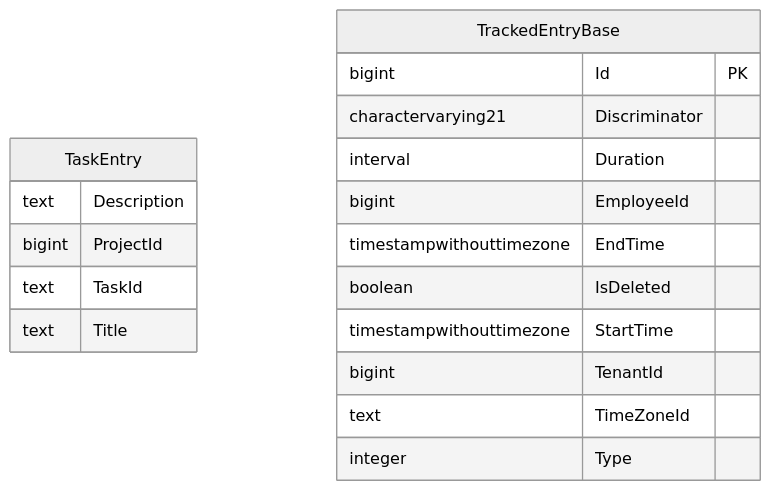
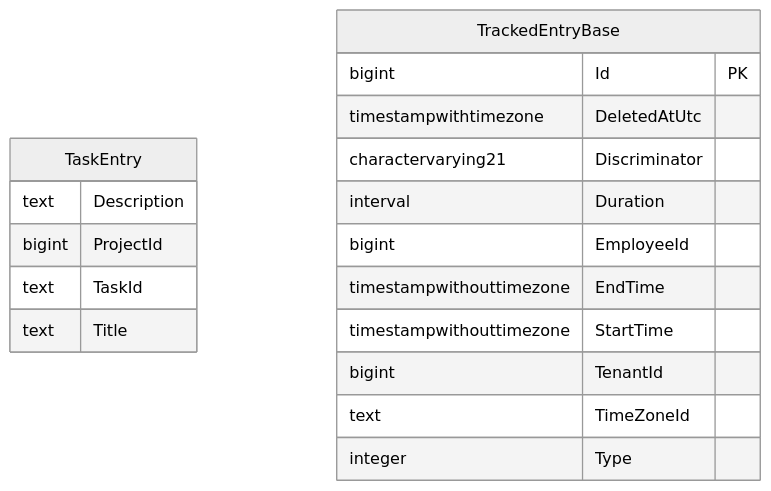
Before and after one commit to TourmalineCore/inner-circle-time-api: the first of 2 diagrams in README.md, drawn with Mermaid.

Commit message:
docs(readme): Update Mermaid DB Schema Diagram in README.md (siren-gen)

````diff
--- a/README.md
+++ b/README.md
@@ -103,22 +103,22 @@
 ```mermaid
 	erDiagram
 	%%{init: {'theme':'neutral'}}%%
 	TaskEntry {
 		text Description 
 		bigint ProjectId 
 		text TaskId 
 		text Title 
 	}
 	TrackedEntryBase {
 		bigint Id PK
+		timestampwithtimezone DeletedAtUtc 
 		charactervarying21 Discriminator 
 		interval Duration 
 		bigint EmployeeId 
 		timestampwithouttimezone EndTime 
-		boolean IsDeleted 
 		timestampwithouttimezone StartTime 
 		bigint TenantId 
 		text TimeZoneId 
 		integer Type 
 	}
 ```
````
